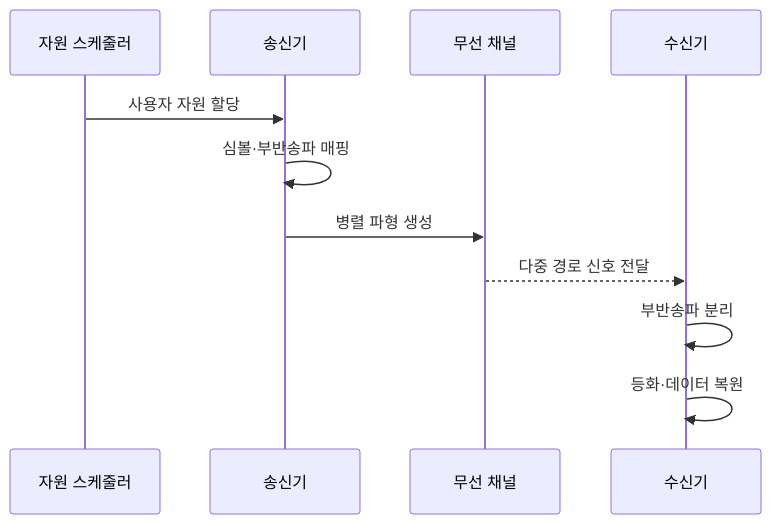
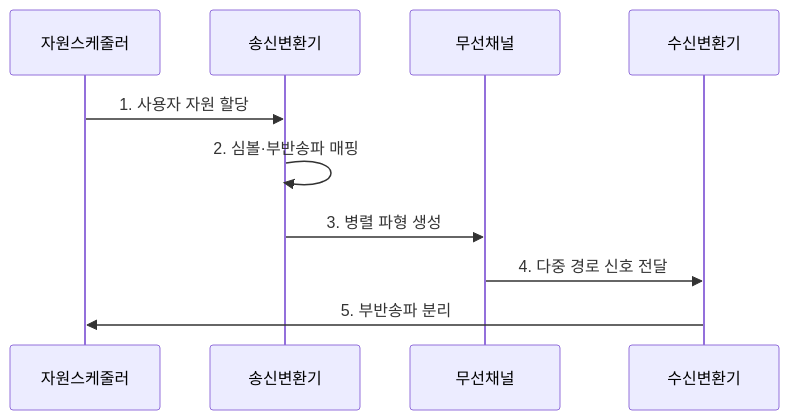
The second of 2 diagrams in src/content/docs/notes/04-network/034_ofdm_ofdma.md (agnusdei1207/knowledge-base), drawn with Mermaid before and after one commit. The commit also changed other lines of this file and 20 other files, not shown here.

````diff
--- a/src/content/docs/notes/04-network/034_ofdm_ofdma.md
+++ b/src/content/docs/notes/04-network/034_ofdm_ofdma.md
@@ -73,13 +77,12 @@
 ```mermaid
 sequenceDiagram
-  participant S as 자원 스케줄러
-  participant T as 송신기
-  participant C as 무선 채널
-  participant R as 수신기
-  S->>T: 사용자 자원 할당
-  T->>T: 심볼·부반송파 매핑
-  T->>C: 병렬 파형 생성
-  C-->>R: 다중 경로 신호 전달
-  R->>R: 부반송파 분리
-  R->>R: 등화·데이터 복원
+    participant 자원스케줄러
+    participant 송신변환기
+    participant 무선채널
+    participant 수신변환기
+    자원스케줄러->>송신변환기: 1. 사용자 자원 할당
+    송신변환기->>송신변환기: 2. 심볼·부반송파 매핑
+    송신변환기->>무선채널: 3. 병렬 파형 생성
+    무선채널->>수신변환기: 4. 다중 경로 신호 전달
+    수신변환기->>자원스케줄러: 5. 부반송파 분리
 ```
````
